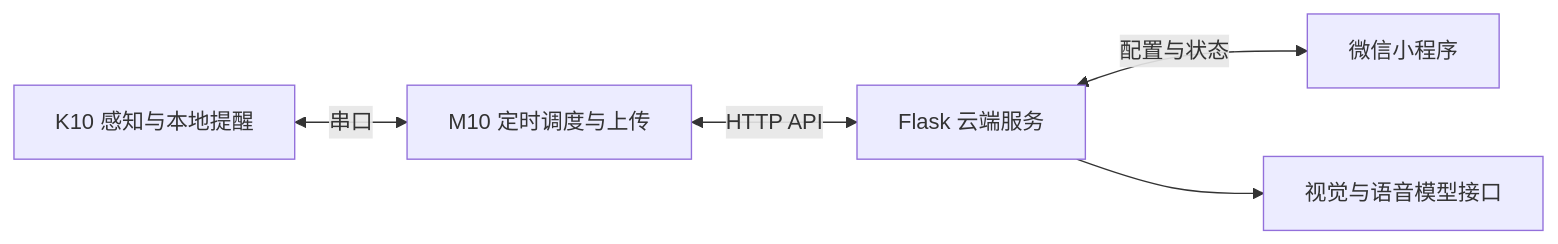
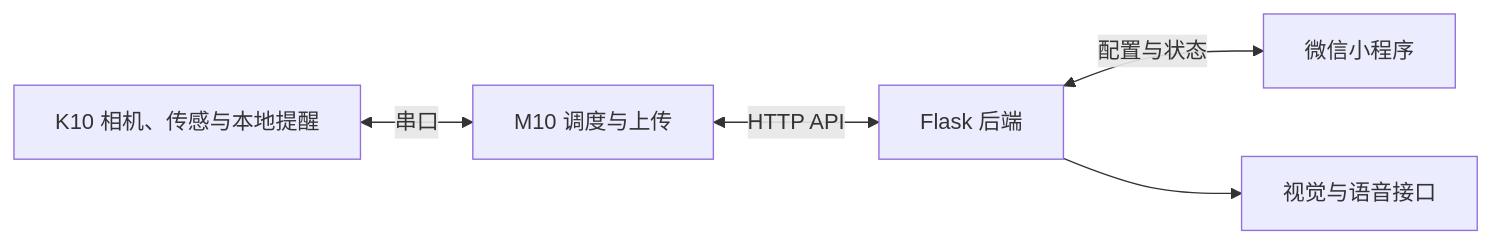
The diagram in README.md (Thomascheong2009115/smartmedbox-iot), drawn with Mermaid before and after one commit. The commit also changed other lines of this file, not shown here.

````diff
--- a/README.md
+++ b/README.md
@@ -19,7 +17,7 @@
 ```mermaid
 flowchart LR
-  K[K10 感知与本地提醒] <-->|串口| M[M10 定时调度与上传]
-  M <-->|HTTP API| F[Flask 云端服务]
+  K[K10 相机、传感与本地提醒] <-->|串口| M[M10 调度与上传]
+  M <-->|HTTP API| F[Flask 后端]
   F <-->|配置与状态| W[微信小程序]
-  F --> A[视觉与语音模型接口]
+  F --> A[视觉与语音接口]
 ```
````
